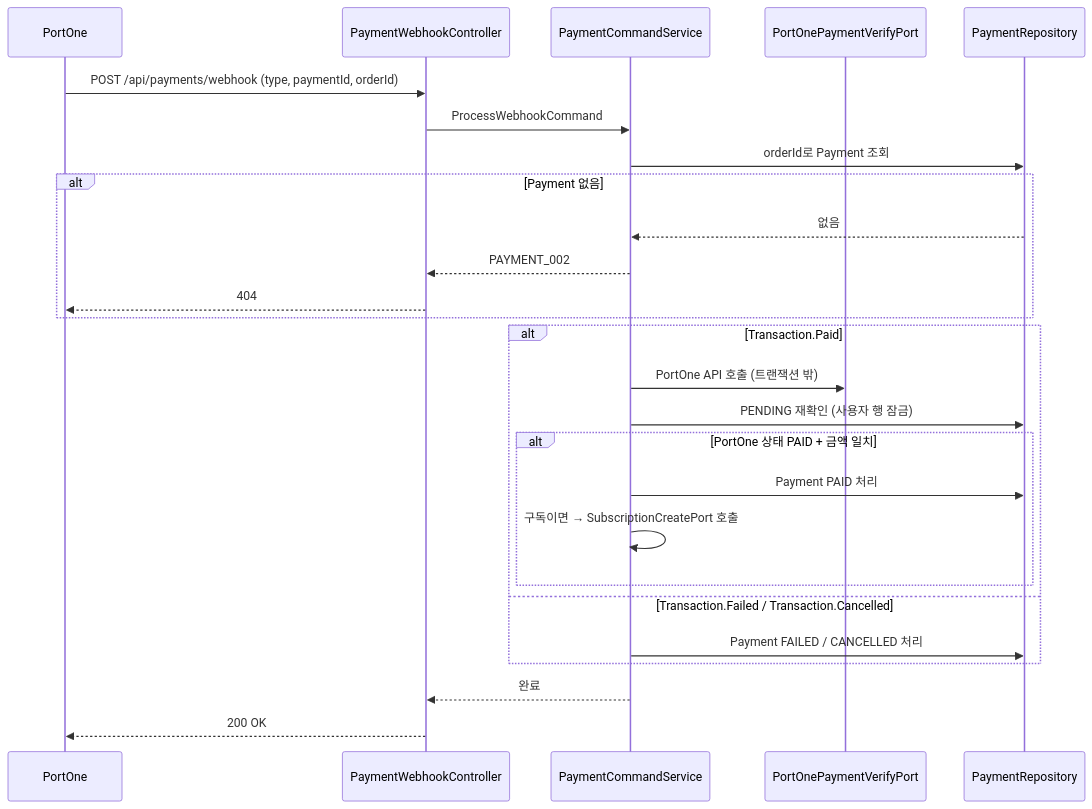
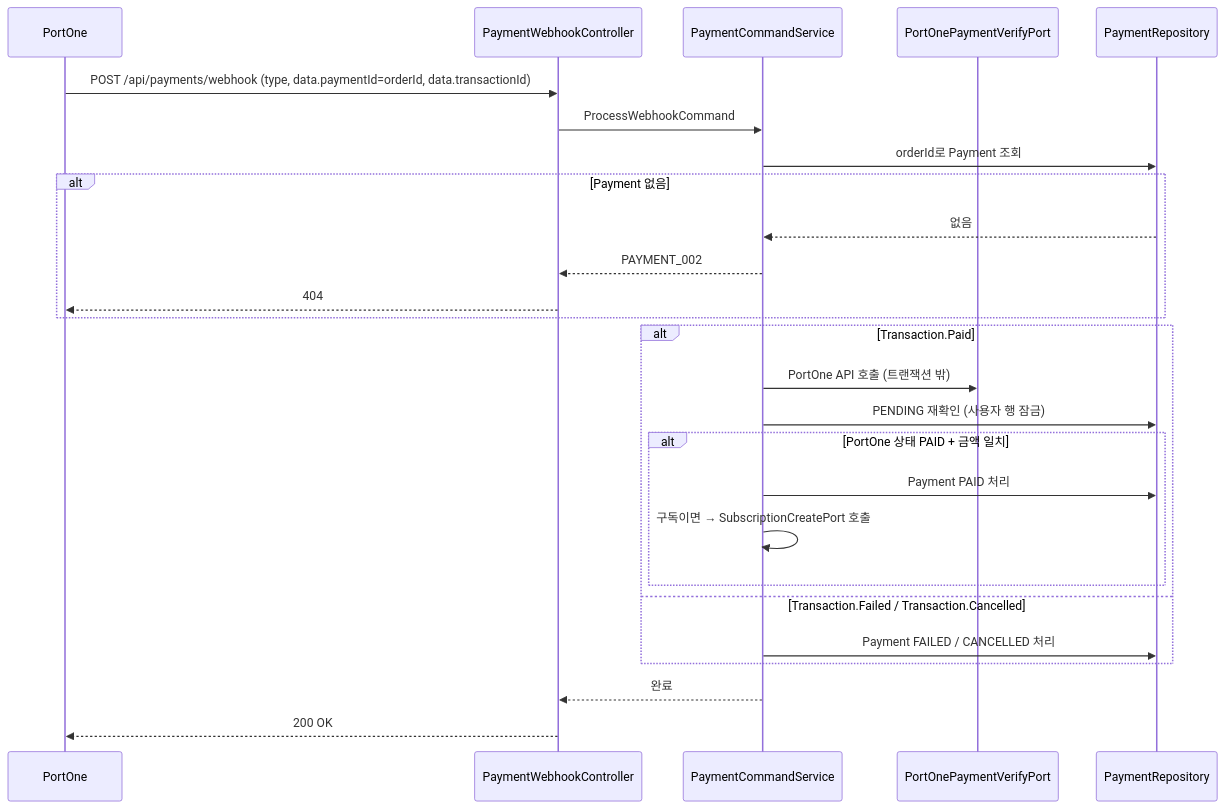
One commit to SSAM-BBONG/Gym-Jjak_BE changed the diagram in src/main/java/com/ssambbong/gymjjak/payments/payment/docs/API_FLOW.md. Above: the diagram before and after it, drawn with Mermaid. The commit also changed 21 other files, not shown here.

````diff
--- a/src/main/java/com/ssambbong/gymjjak/payments/payment/docs/API_FLOW.md
+++ b/src/main/java/com/ssambbong/gymjjak/payments/payment/docs/API_FLOW.md
@@ -64,29 +64,29 @@
 ```mermaid
 sequenceDiagram
     participant P as PortOne
     participant WC as PaymentWebhookController
     participant S as PaymentCommandService
     participant PO as PortOnePaymentVerifyPort
     participant DB as PaymentRepository
 
-    P->>WC: POST /api/payments/webhook (type, paymentId, orderId)
+    P->>WC: POST /api/payments/webhook (type, data.paymentId=orderId, data.transactionId)
     WC->>S: ProcessWebhookCommand
     S->>DB: orderId로 Payment 조회
     alt Payment 없음
         DB-->>S: 없음
         S-->>WC: PAYMENT_002
         WC-->>P: 404
     end
     alt Transaction.Paid
         S->>PO: PortOne API 호출 (트랜잭션 밖)
         S->>DB: PENDING 재확인 (사용자 행 잠금)
         alt PortOne 상태 PAID + 금액 일치
             S->>DB: Payment PAID 처리
             S->>S: 구독이면 → SubscriptionCreatePort 호출
         end
     else Transaction.Failed / Transaction.Cancelled
         S->>DB: Payment FAILED / CANCELLED 처리
     end
     S-->>WC: 완료
     WC-->>P: 200 OK
 ```
````
